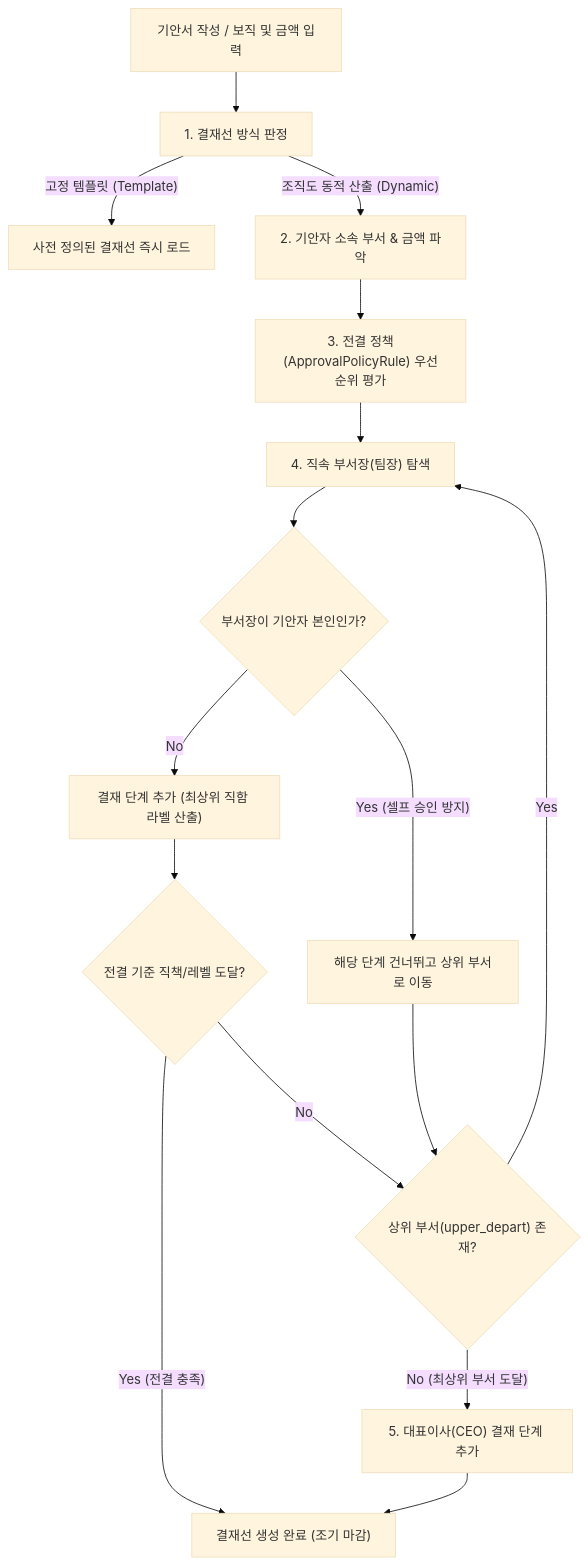
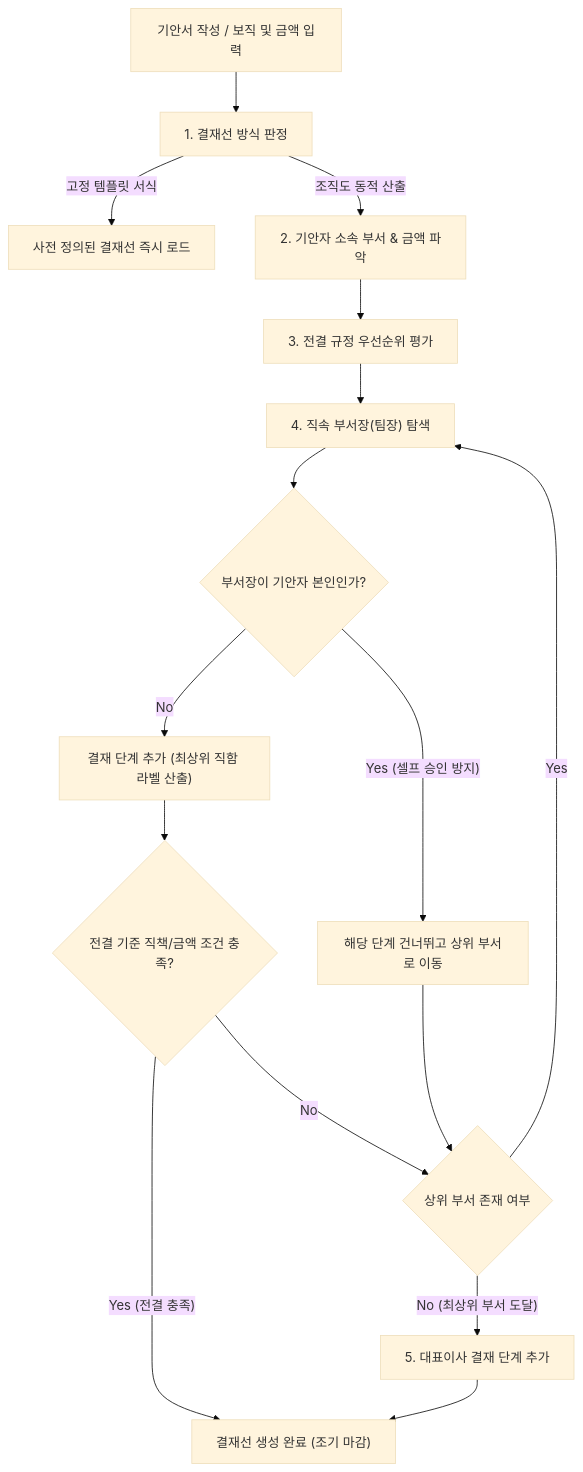
The diagram in app/vue/docs/approval/route.md (nc2U/ibs), drawn with Mermaid (base theme) before and after one commit. The commit also changed other lines of this file and 17 other files, not shown here.

````diff
--- a/app/vue/docs/approval/route.md
+++ b/app/vue/docs/approval/route.md
@@ -7,21 +14,21 @@
 ```mermaid
 flowchart TD
     Start["기안서 작성 / 보직 및 금액 입력"] --> A["1. 결재선 방식 판정"]
-    A -- " 고정 템플릿 (Template) " --> A1["사전 정의된 결재선 즉시 로드"]
-    A -- " 조직도 동적 산출 (Dynamic) " --> B["2. 기안자 소속 부서 & 금액 파악"]
+    A -- " 고정 템플릿 서식 " --> A1["사전 정의된 결재선 즉시 로드"]
+    A -- " 조직도 동적 산출 " --> B["2. 기안자 소속 부서 & 금액 파악"]
     
-    B --> C["3. 전결 정책(ApprovalPolicyRule) 우선순위 평가"]
+    B --> C["3. 전결 규정 우선순위 평가"]
+    D --> E{"부서장이 기안자 본인인가?"}
     C --> D["4. 직속 부서장(팀장) 탐색"]
-    D --> E{"부서장이 기안자 본인인가?"}
     E -- " Yes (셀프 승인 방지) " --> F["해당 단계 건너뛰고 상위 부서로 이동"]
     E -- " No " --> G["결재 단계 추가 (최상위 직함 라벨 산출)"]
     
-    G --> H{"전결 기준 직책/레벨 도달?"}
+    G --> H{"전결 기준 직책/금액 조건 충족?"}
     H -- " Yes (전결 충족) " --> FinalReached["결재선 생성 완료 (조기 마감)"]
-    H -- " No " --> I{"상위 부서(upper_depart) 존재?"}
+    H -- " No " --> I{"상위 부서 존재 여부"}
     
     F --> I
     I -- Yes --> D
-    I -- " No (최상위 부서 도달) " --> J["5. 대표이사(CEO) 결재 단계 추가"]
+    I -- " No (최상위 부서 도달) " --> J["5. 대표이사 결재 단계 추가"]
     J --> FinalReached
 ```
````
